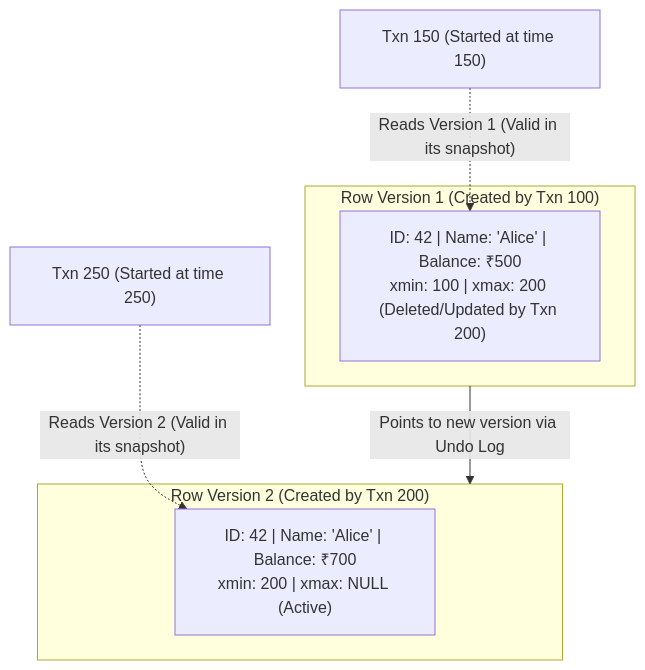
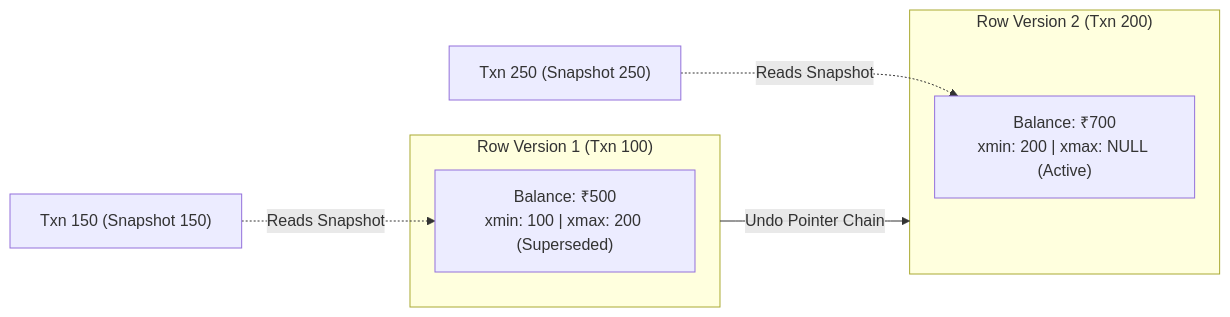
One commit to rohithgowda18/Notes changed the third of 9 diagrams in 02-DBMS/DBMS-Advanced-Concepts.md. Above: the diagram before and after it, drawn with Mermaid. The commit also changed other lines of this file and 15 other files, not shown here.

Commit message:
docs: audit Mermaid diagrams, optimize side-by-side layouts, and deduplicate DBMS advanced notes

````diff
--- a/02-DBMS/DBMS-Advanced-Concepts.md
+++ b/02-DBMS/DBMS-Advanced-Concepts.md
@@ -351,15 +95,13 @@
 ```mermaid
-flowchart TD
-    subgraph OldRowVersion ["Row Version 1 (Created by Txn 100)"]
-        V1["ID: 42 | Name: 'Alice' | Balance: ₹500<br/>xmin: 100 | xmax: 200 (Deleted/Updated by Txn 200)"]
+flowchart LR
+    subgraph RowVersion1 ["Row Version 1 (Txn 100)"]
+        V1["Balance: ₹500<br/>xmin: 100 | xmax: 200 (Superseded)"]
+    end
+    subgraph RowVersion2 ["Row Version 2 (Txn 200)"]
+        V2["Balance: ₹700<br/>xmin: 200 | xmax: NULL (Active)"]
     end
 
-    subgraph NewRowVersion ["Row Version 2 (Created by Txn 200)"]
-        V2["ID: 42 | Name: 'Alice' | Balance: ₹700<br/>xmin: 200 | xmax: NULL (Active)"]
-    end
-
-    OldRowVersion -->|"Points to new version via Undo Log"| NewRowVersion
-
-    ReaderOld["Txn 150 (Started at time 150)"] -.->|"Reads Version 1 (Valid in its snapshot)"| V1
-    ReaderNew["Txn 250 (Started at time 250)"] -.->|"Reads Version 2 (Valid in its snapshot)"| V2
+    RowVersion1 -->|"Undo Pointer Chain"| RowVersion2
+    Reader1["Txn 150 (Snapshot 150)"] -.->|"Reads Snapshot"| V1
+    Reader2["Txn 250 (Snapshot 250)"] -.->|"Reads Snapshot"| V2
 ```
````
